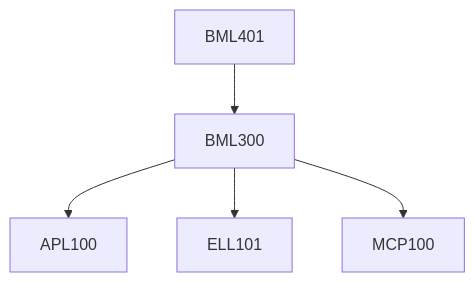
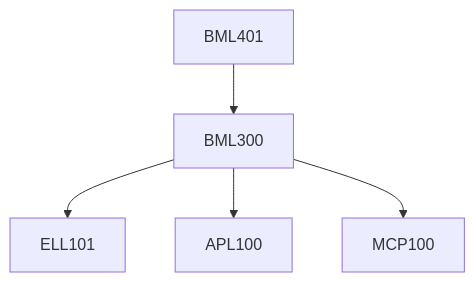
Before and after one commit to KeshavBansal0122/CoS_Website: the diagram in content/Biomedical Engineering/BML401.md, drawn with Mermaid. The commit also changed other lines of this file and 2667 other files, not shown here.

````diff
--- a/content/Biomedical Engineering/BML401.md
+++ b/content/Biomedical Engineering/BML401.md
@@ -21,7 +19,11 @@
 ```mermaid
-graph TD
-BML401 --> BML300
-BML300 --> APL100
-BML300 --> ELL101
-BML300 --> MCP100
+flowchart TD
+BML401-103[BML401]
+BML300-103 --> ELL101-103[ELL101]
+BML300-103 --> APL100-103[APL100]
+BML300-103 --> MCP100-103[MCP100]
+BML401-103 --> BML300-103[BML300]
+
+classDef empty height:17px, fill:transparent, stroke:transparent;
+classDef trueEmpty height:0px, width:0px;
 ```
````
